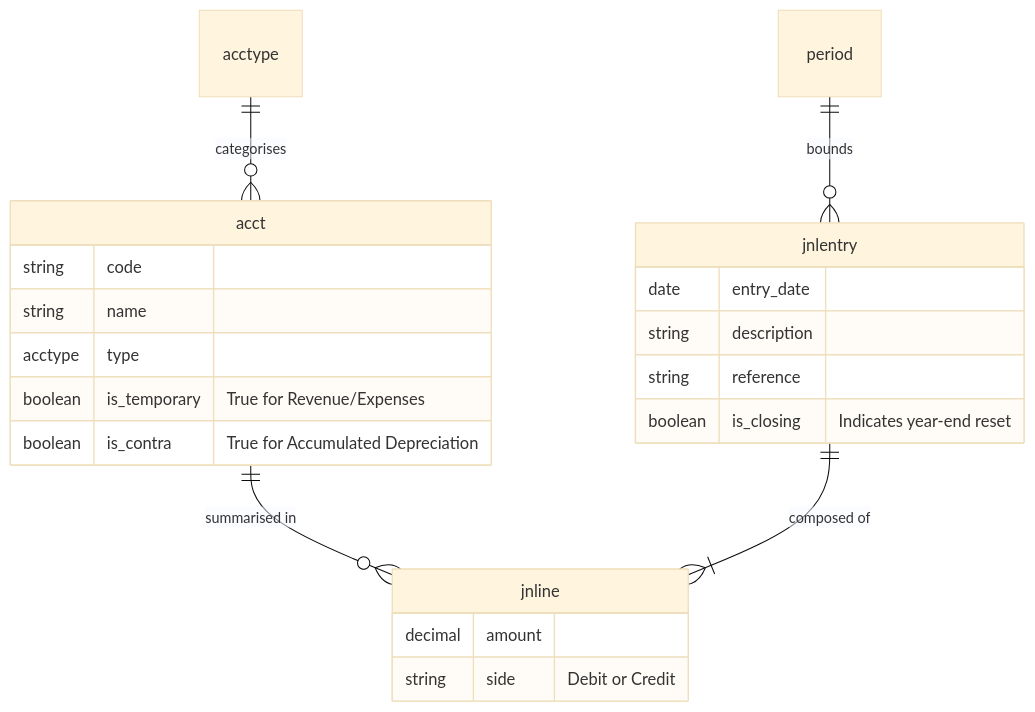
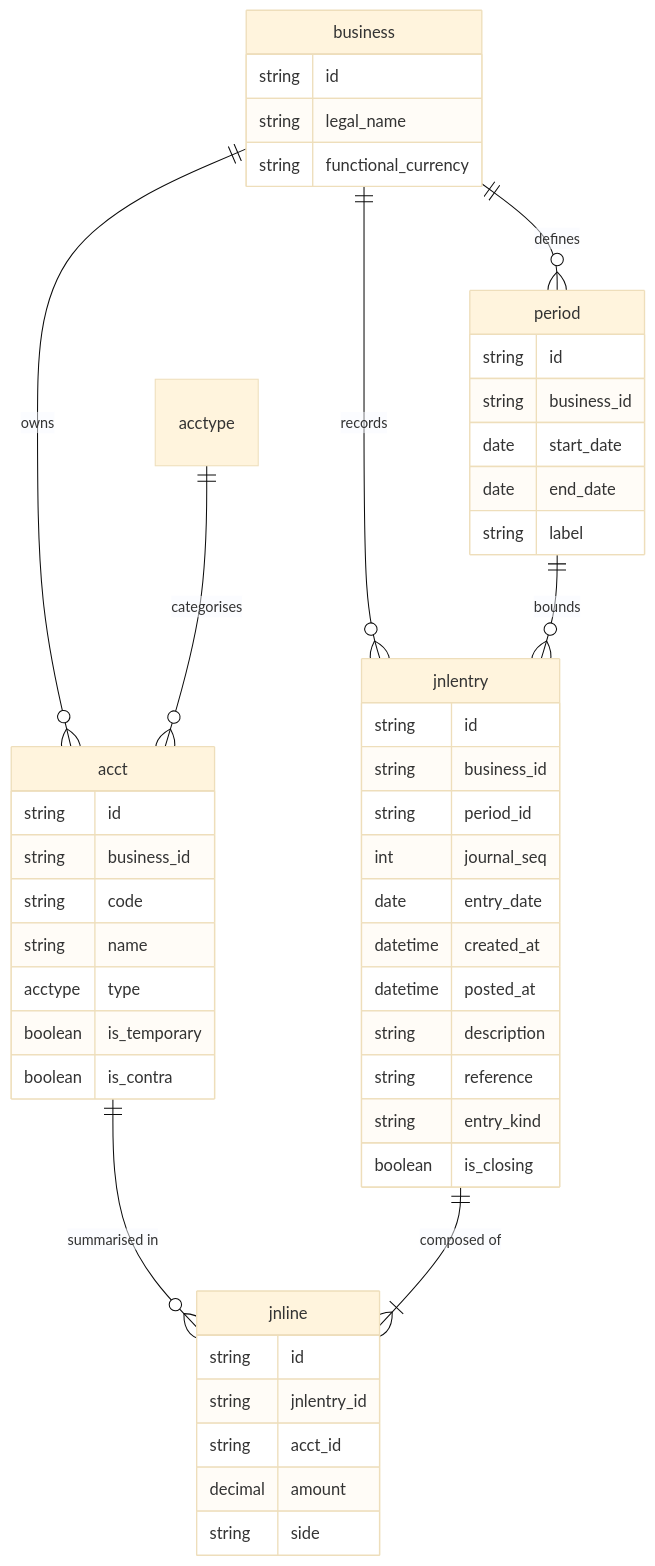
Before and after one commit to paulwizviz/debk: the first of 2 diagrams in docs/model.md, drawn with Mermaid (base theme). The commit also changed other lines of this file and 58 other files, not shown here.

````diff
--- a/docs/model.md
+++ b/docs/model.md
@@ -35,27 +46,56 @@
 ```mermaid
 erDiagram
+    business ||--o{ acct : "owns"
+    business ||--o{ period : "defines"
+    business ||--o{ jnlentry : "records"
     acct ||--o{ jnline : "summarised in"
     jnlentry ||--|{ jnline : "composed of"
     acctype ||--o{ acct : "categorises"
     period ||--o{ jnlentry : "bounds"
-    
+
+    business {
+        string id
+        string legal_name
+        string functional_currency
+    }
+
     acct {
+        string id
+        string business_id
         string code
         string name
         acctype type
-        boolean is_temporary "True for Revenue/Expenses"
-        boolean is_contra "True for Accumulated Depreciation"
+        boolean is_temporary
+        boolean is_contra
+    }
+
+    period {
+        string id
+        string business_id
+        date start_date
+        date end_date
+        string label
     }
 
     jnlentry {
+        string id
+        string business_id
+        string period_id
+        int journal_seq
         date entry_date
+        datetime created_at
+        datetime posted_at
         string description
         string reference
-        boolean is_closing "Indicates year-end reset"
+        string entry_kind
+        boolean is_closing
     }
 
     jnline {
+        string id
+        string jnlentry_id
+        string acct_id
         decimal amount
-        string side "Debit or Credit"
+        string side
     }
 ```
````
